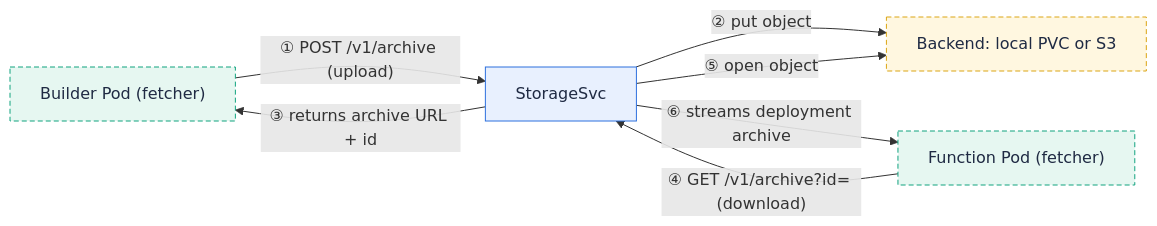
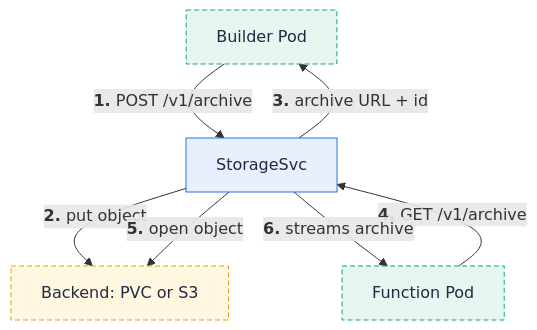
Before and after one commit to fission/fission.io: the diagram in content/en/docs/architecture/storagesvc.md, drawn with Mermaid. The commit also changed 23 other files, not shown here.

First line of the commit message:
Make diagrams readable inline: compact TB layouts, bold crimson step numbers

````diff
--- a/content/en/docs/architecture/storagesvc.md
+++ b/content/en/docs/architecture/storagesvc.md
@@ -32,12 +32,12 @@
 ```mermaid
-flowchart LR
-  builder["Builder Pod (fetcher)"]:::pod -->|"① POST /v1/archive (upload)"| ss["StorageSvc"]:::fission
-  ss -->|"② put object"| backend["Backend: local PVC or S3"]:::store
-  ss -->|"③ returns archive URL + id"| builder
-  fnpod["Function Pod (fetcher)"]:::pod -->|"④ GET /v1/archive?id= (download)"| ss
-  ss -->|"⑤ open object"| backend
-  ss -->|"⑥ streams deployment archive"| fnpod
+flowchart TB
+  builder["Builder Pod"]:::pod -->|"<b>1.</b> POST /v1/archive"| ss["StorageSvc"]:::fission
+  ss -->|"<b>2.</b> put object"| backend["Backend: PVC or S3"]:::store
+  ss -->|"<b>3.</b> archive URL + id"| builder
+  fnpod["Function Pod"]:::pod -->|"<b>4.</b> GET /v1/archive"| ss
+  ss -->|"<b>5.</b> open object"| backend
+  ss -->|"<b>6.</b> streams archive"| fnpod
   classDef fission fill:#e8f0fe,stroke:#2d70de,color:#1f2a43
   classDef pod fill:#e6f7f1,stroke:#11a37f,color:#1f2a43,stroke-dasharray:5 3
   classDef store fill:#fff7e0,stroke:#dba514,color:#1f2a43,stroke-dasharray:5 3
 ```
````
